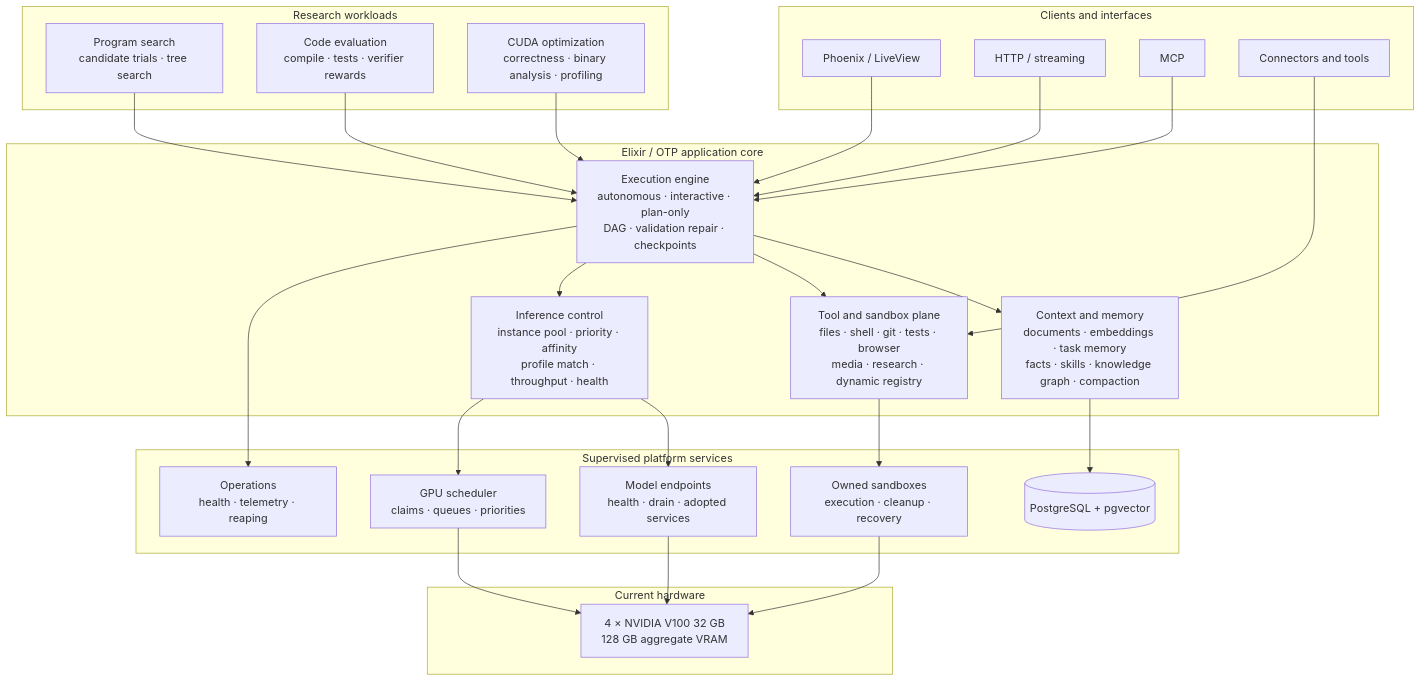
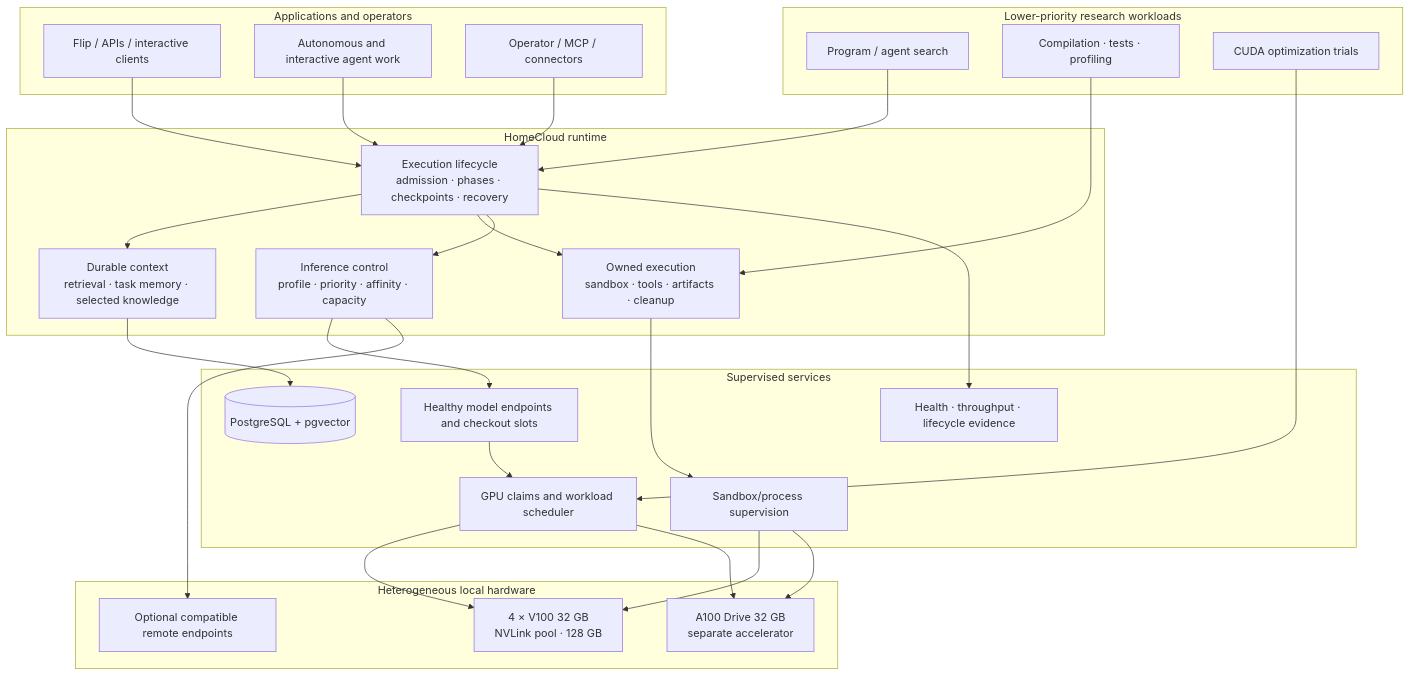
One commit to wahargis/portfolio changed the diagram in homecloud/assets/diagrams/architecture.mmd. Above: the diagram before and after it, drawn with Mermaid.

Commit message:
redraw HomeCloud runtime architecture

```diff
--- a/homecloud/assets/diagrams/architecture.mmd
+++ b/homecloud/assets/diagrams/architecture.mmd
@@ -1,51 +1,53 @@
 flowchart TD
-    subgraph clients["Clients and interfaces"]
-        UI["Phoenix / LiveView"]
-        API["HTTP / streaming"]
-        MCP["MCP"]
-        CONN["Connectors and tools"]
+    subgraph interfaces["Applications and operators"]
+        APP["Flip / APIs / interactive clients"]
+        AGENT["Autonomous and interactive agent work"]
+        OPS["Operator / MCP / connectors"]
     end
 
-    subgraph core["Elixir / OTP application core"]
-        EXEC["Execution engine<br/>autonomous · interactive · plan-only<br/>DAG · validation repair · checkpoints"]
-        CTX["Context and memory<br/>documents · embeddings · task memory<br/>facts · skills · knowledge graph · compaction"]
-        TOOLS["Tool and sandbox plane<br/>files · shell · git · tests · browser<br/>media · research · dynamic registry"]
-        ROUTE["Inference control<br/>instance pool · priority · affinity<br/>profile match · throughput · health"]
+    subgraph runtime["HomeCloud runtime"]
+        EXEC["Execution lifecycle<br/>admission · phases · checkpoints · recovery"]
+        CONTEXT["Durable context<br/>retrieval · task memory · selected knowledge"]
+        TOOL["Owned execution<br/>sandbox · tools · artifacts · cleanup"]
+        ROUTER["Inference control<br/>profile · priority · affinity · capacity"]
+        EXEC --> CONTEXT
+        EXEC --> TOOL
+        EXEC --> ROUTER
     end
 
-    subgraph research["Research workloads"]
-        SEARCH["Program search<br/>candidate trials · tree search"]
-        EVAL["Code evaluation<br/>compile · tests · verifier rewards"]
-        CUDA["CUDA optimization<br/>correctness · binary analysis · profiling"]
+    subgraph services["Supervised services"]
+        DB[("PostgreSQL + pgvector")]
+        POOL["Healthy model endpoints and checkout slots"]
+        SCHED["GPU claims and workload scheduler"]
+        SANDBOX["Sandbox/process supervision"]
+        TELEMETRY["Health · throughput · lifecycle evidence"]
     end
 
-    subgraph services["Supervised platform services"]
-        DB[("PostgreSQL + pgvector")]
-        MODELS["Model endpoints<br/>health · drain · adopted services"]
-        SCHED["GPU scheduler<br/>claims · queues · priorities"]
-        SANDBOX["Owned sandboxes<br/>execution · cleanup · recovery"]
-        OPS["Operations<br/>health · telemetry · reaping"]
+    subgraph research["Lower-priority research workloads"]
+        PROGRAM["Program / agent search"]
+        VERIFY["Compilation · tests · profiling"]
+        CUDA["CUDA optimization trials"]
     end
 
-    subgraph hardware["Current hardware"]
-        GPUS["4 × NVIDIA V100 32 GB<br/>128 GB aggregate VRAM"]
+    subgraph hardware["Heterogeneous local hardware"]
+        V100["4 × V100 32 GB<br/>NVLink pool · 128 GB"]
+        A100["A100 Drive 32 GB<br/>separate accelerator"]
+        REMOTE["Optional compatible remote endpoints"]
     end
 
-    UI --> EXEC
-    API --> EXEC
-    MCP --> EXEC
-    CONN --> TOOLS
-    EXEC --> CTX
-    EXEC --> TOOLS
-    EXEC --> ROUTE
-    SEARCH --> EXEC
-    EVAL --> EXEC
-    CUDA --> EXEC
-    CTX --> DB
-    ROUTE --> MODELS
-    ROUTE --> SCHED
-    TOOLS --> SANDBOX
-    EXEC --> OPS
-    MODELS --> GPUS
-    SCHED --> GPUS
-    SANDBOX --> GPUS
+    APP --> EXEC
+    AGENT --> EXEC
+    OPS --> EXEC
+    CONTEXT --> DB
+    TOOL --> SANDBOX
+    ROUTER --> POOL
+    EXEC --> TELEMETRY
+    PROGRAM --> EXEC
+    VERIFY --> TOOL
+    CUDA --> SCHED
+    POOL --> SCHED
+    SCHED --> V100
+    SCHED --> A100
+    ROUTER --> REMOTE
+    SANDBOX --> V100
+    SANDBOX --> A100
```
